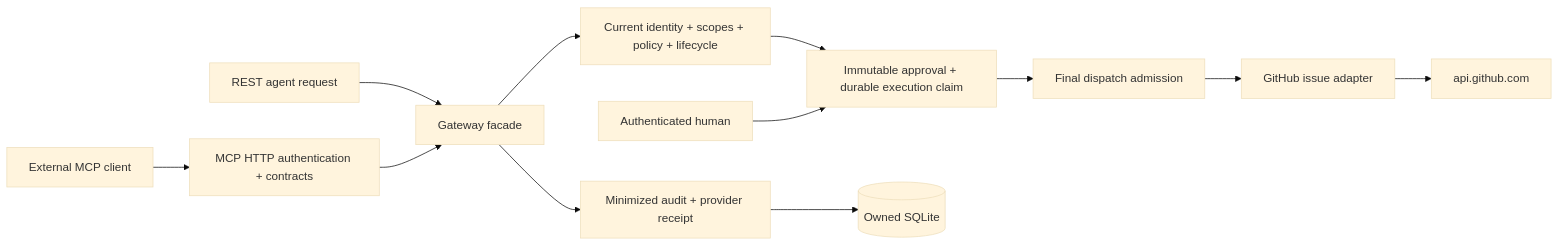
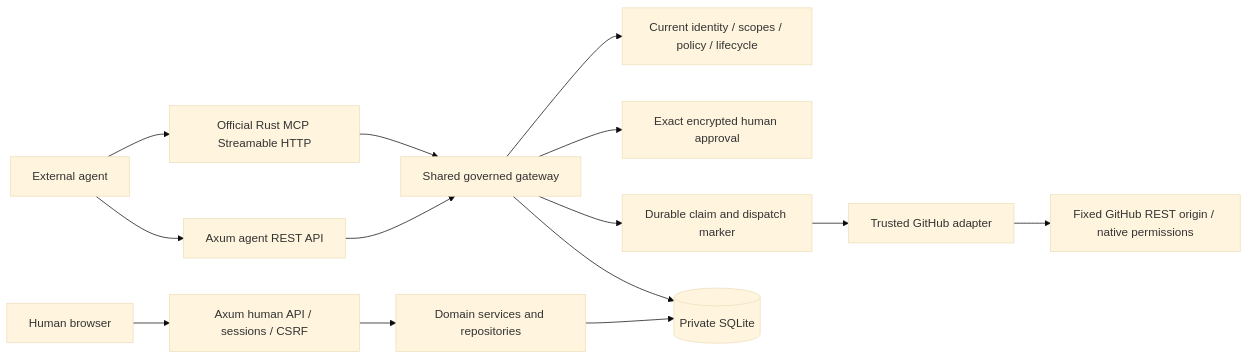
Before and after one commit to jonashvh-id/Agent-Control: the diagram in ARCHITECTURE.md, drawn with Mermaid (base theme). The commit also changed other lines of this file and 138 other files, not shown here.

````diff
--- a/ARCHITECTURE.md
+++ b/ARCHITECTURE.md
@@ -5,14 +5,16 @@
 ```mermaid
 flowchart LR
-    A[External MCP client] --> M[MCP HTTP authentication + contracts]
-    R[REST agent request] --> G[Gateway facade]
-    M --> G
-    G --> P[Current identity + scopes + policy + lifecycle]
-    P --> Q[Immutable approval + durable execution claim]
-    H[Authenticated human] --> Q
-    Q --> D[Final dispatch admission]
-    D --> C[GitHub issue adapter]
-    C --> GH[api.github.com]
-    G --> AU[Minimized audit + provider receipt]
-    AU --> DB[(Owned SQLite)]
+    H[Human browser] --> R[Axum human API / sessions / CSRF]
+    A[External agent] --> M[Official Rust MCP Streamable HTTP]
+    A --> E[Axum agent REST API]
+    M --> G[Shared governed gateway]
+    E --> G
+    R --> D[Domain services and repositories]
+    G --> P[Current identity / scopes / policy / lifecycle]
+    G --> Q[Exact encrypted human approval]
+    G --> X[Durable claim and dispatch marker]
+    X --> C[Trusted GitHub adapter]
+    C --> GH[Fixed GitHub REST origin / native permissions]
+    D --> DB[(Private SQLite)]
+    G --> DB
 ```
````
